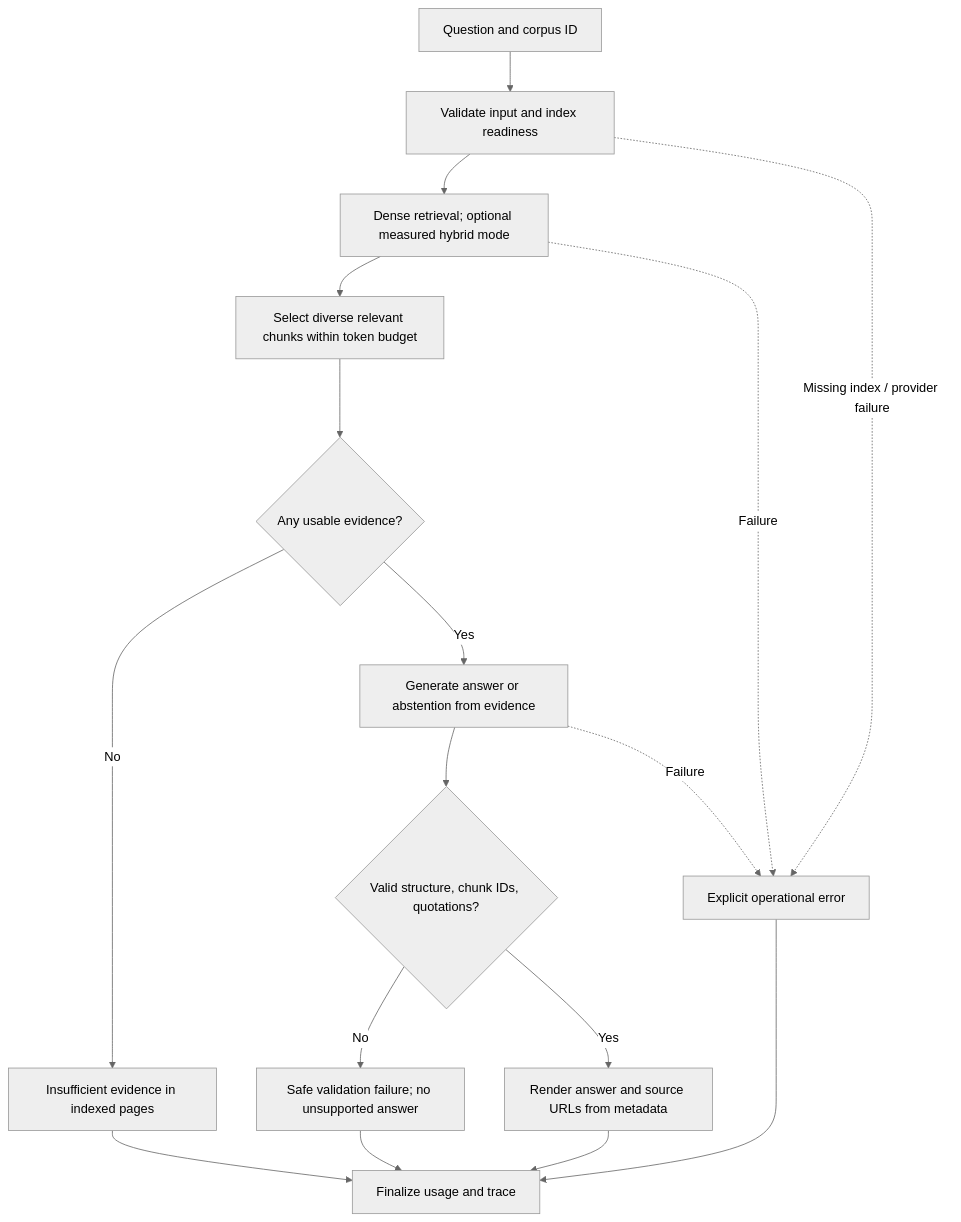
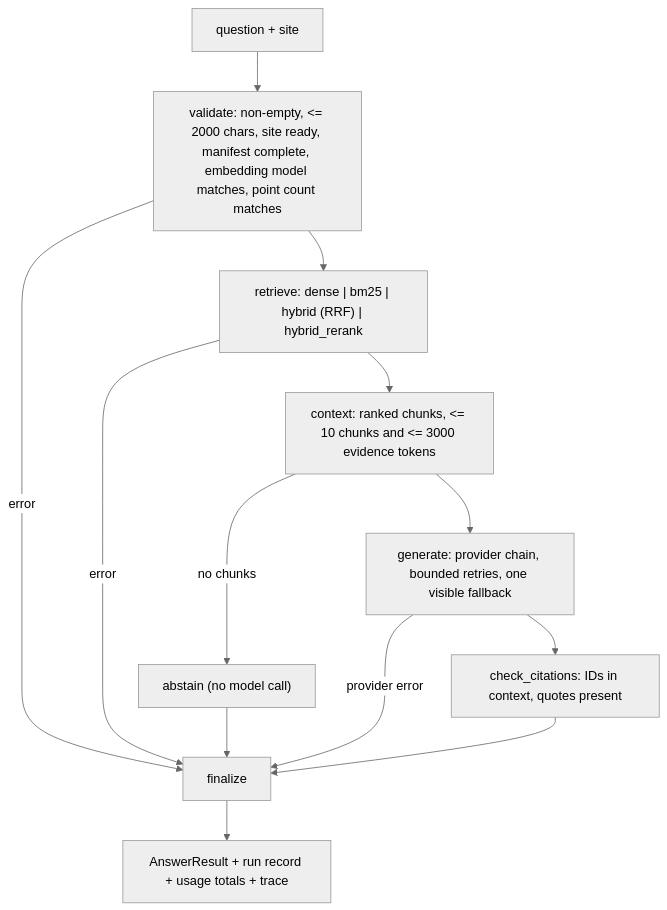
One commit to abhiteshbhardwaj9319/Website_crawler changed the second of 2 diagrams in docs/architecture.md. Above: the diagram before and after it, drawn with Mermaid (neutral theme). The commit also changed other lines of this file and 45 other files, not shown here.

````diff
--- a/docs/architecture.md
+++ b/docs/architecture.md
@@ -47,19 +51,14 @@
 ```mermaid
 flowchart TD
-    S["Question and corpus ID"] --> V["Validate input and index readiness"]
-    V --> R["Dense retrieval; optional measured hybrid mode"]
-    R --> C["Select diverse relevant chunks within token budget"]
-    C --> E{"Any usable evidence?"}
-    E -- No --> A["Insufficient evidence in indexed pages"]
-    E -- Yes --> G["Generate answer or abstention from evidence"]
-    G --> H{"Valid structure, chunk IDs, quotations?"}
-    H -- No --> X["Safe validation failure; no unsupported answer"]
-    H -- Yes --> O["Render answer and source URLs from metadata"]
-    V -. "Missing index / provider failure" .-> F["Explicit operational error"]
-    R -. "Failure" .-> F
-    G -. "Failure" .-> F
-    A --> U["Finalize usage and trace"]
-    X --> U
-    O --> U
-    F --> U
+    S["question + site"] --> V["validate: non-empty, <= 2000 chars, site ready, manifest complete, embedding model matches, point count matches"]
+    V -- error --> F["finalize"]
+    V --> R["retrieve: dense | bm25 | hybrid (RRF) | hybrid_rerank"]
+    R -- error --> F
+    R --> C["context: ranked chunks, <= 10 chunks and <= 3000 evidence tokens"]
+    C -- "no chunks" --> A["abstain (no model call)"] --> F
+    C --> G["generate: provider chain, bounded retries, one visible fallback"]
+    G -- "provider error" --> F
+    G --> K["check_citations: IDs in context, quotes present"]
+    K --> F
+    F --> O["AnswerResult + run record + usage totals + trace"]
 ```
````
